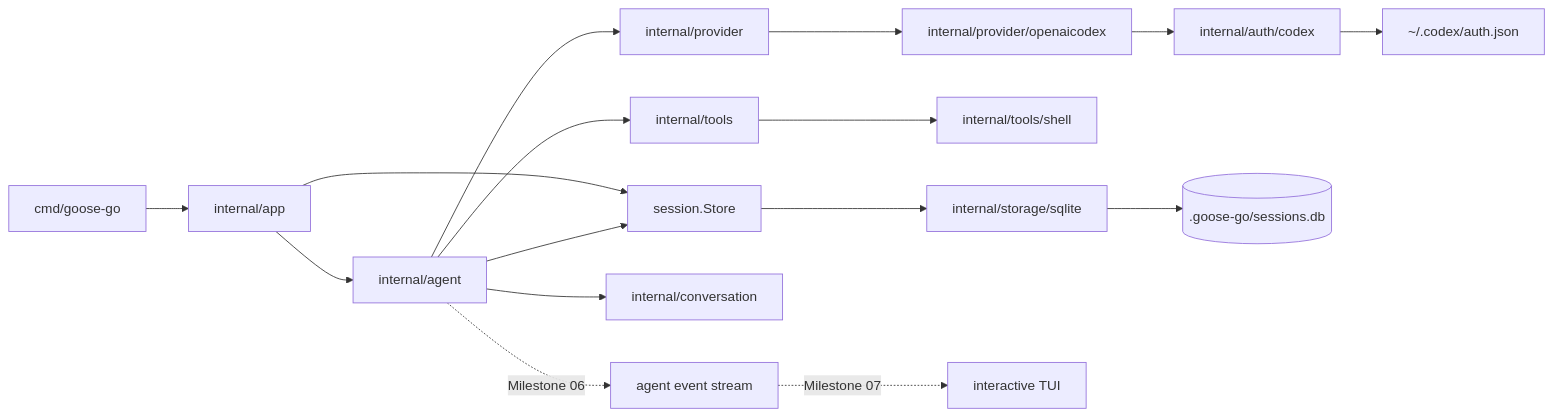
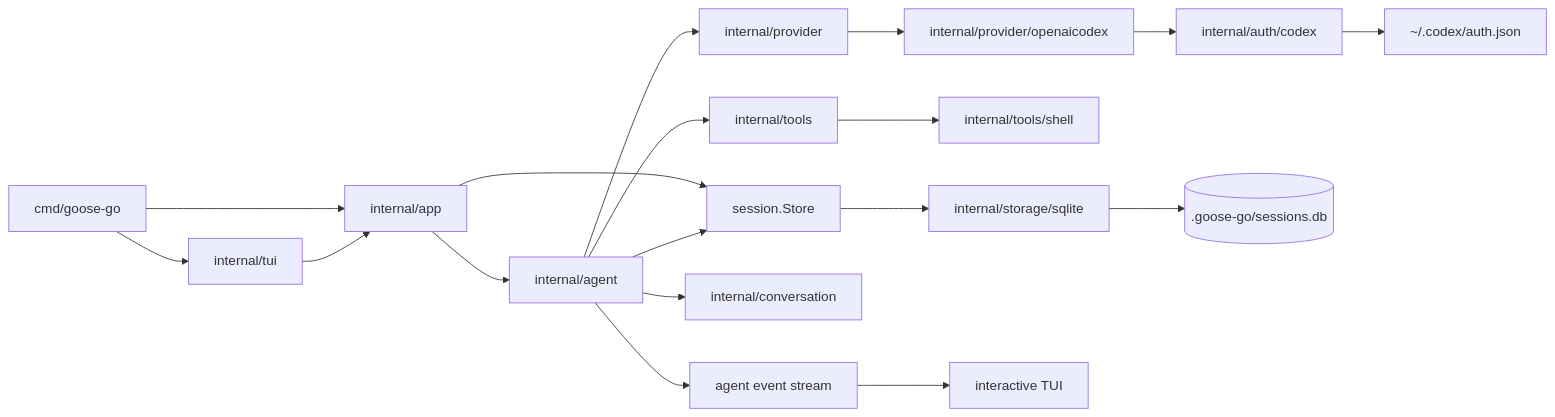
The first of 2 diagrams in docs/architecture.md (xren/goose-go), drawn with Mermaid before and after one commit. The commit also changed other lines of this file and 17 other files, not shown here.

Commit message:
Update architecture and progress

````diff
--- a/docs/architecture.md
+++ b/docs/architecture.md
@@ -55,22 +57,24 @@
 ```mermaid
 flowchart LR
     A["cmd/goose-go"] --> B["internal/app"]
     B --> C["internal/agent"]
     B --> D["session.Store"]
+    A --> T["internal/tui"]
+    T --> B
 
     C --> E["internal/provider"]
     C --> F["internal/tools"]
     C --> D
     C --> G["internal/conversation"]
 
     E --> H["internal/provider/openaicodex"]
     H --> I["internal/auth/codex"]
     I --> J["~/.codex/auth.json"]
 
     F --> K["internal/tools/shell"]
     D --> L["internal/storage/sqlite"]
     L --> M[(".goose-go/sessions.db")]
 
-    C -. "Milestone 06" .-> N["agent event stream"]
-    N -. "Milestone 07" .-> O["interactive TUI"]
+    C --> N["agent event stream"]
+    N --> O["interactive TUI"]
 ```
````
